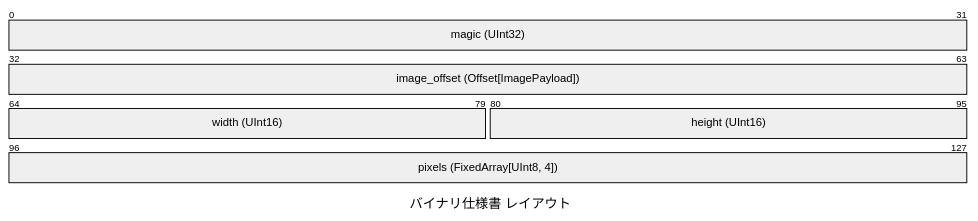
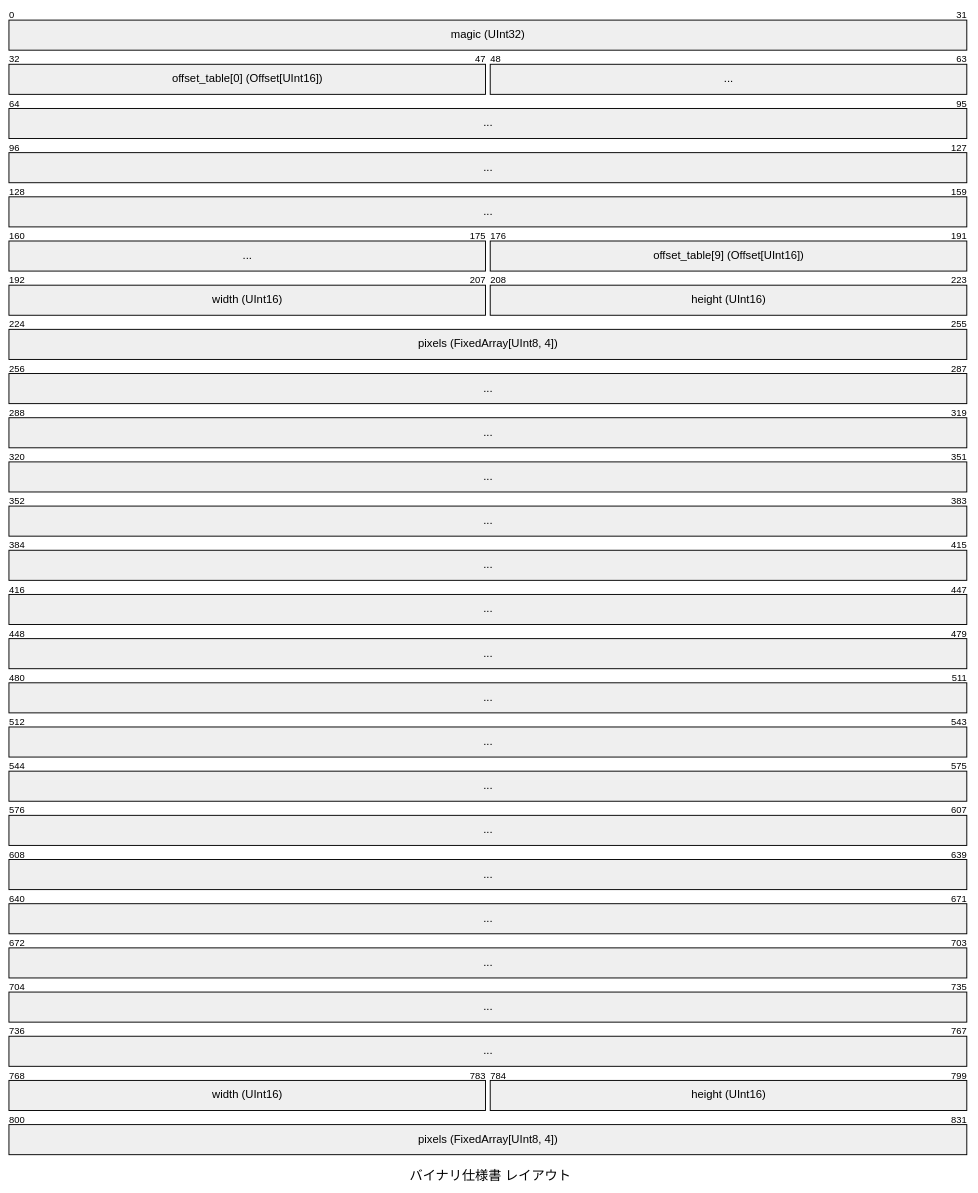
Before and after one commit to tamon-ishii/binary_master: the second of 4 diagrams in manual.md, drawn with Mermaid. The commit also changed other lines of this file and 12 other files, not shown here.

````diff
--- a/manual.md
+++ b/manual.md
@@ -33,9 +37,15 @@
 ```mermaid
 packet-beta
 title バイナリ仕様書 レイアウト
 0-31: "magic (UInt32)"
-32-63: "image_offset (Offset[ImagePayload])"
-64-79: "width (UInt16)"
-80-95: "height (UInt16)"
-96-127: "pixels (FixedArray[UInt8, 4])"
+32-47: "offset_table[0] (Offset[UInt16])"
+48-175: "..."
+176-191: "offset_table[9] (Offset[UInt16])"
+192-207: "width (UInt16)"
+208-223: "height (UInt16)"
+224-255: "pixels (FixedArray[UInt8, 4])"
+256-767: "..."
+768-783: "width (UInt16)"
+784-799: "height (UInt16)"
+800-831: "pixels (FixedArray[UInt8, 4])"
 ```
````
